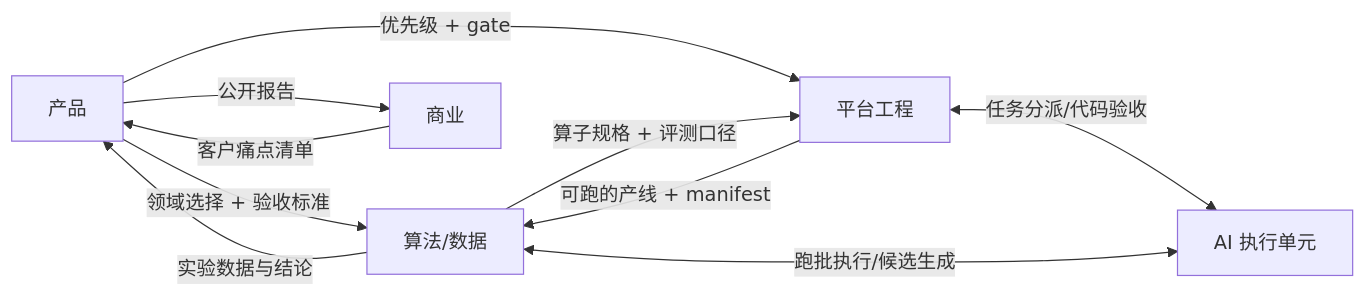
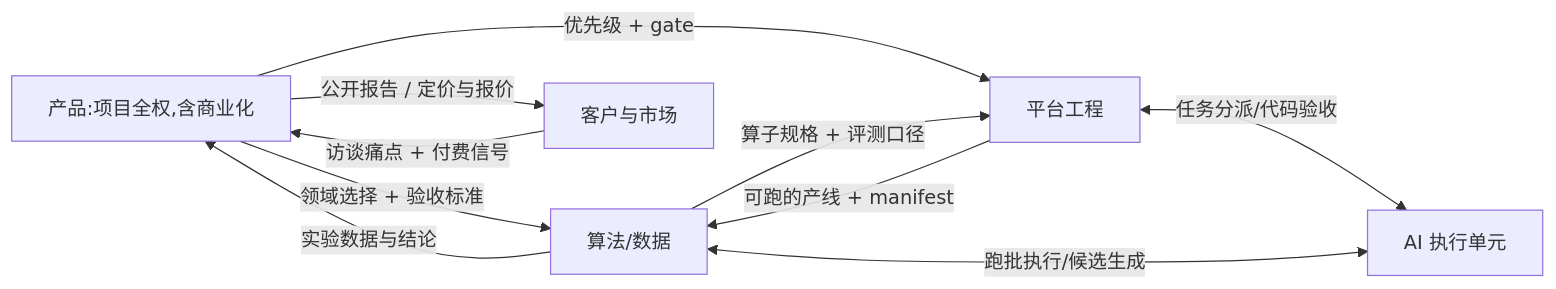
Before and after one commit to William2333ZZ/claude_repo: the diagram in docs/09-团队分工与角色.md, drawn with Mermaid. The commit also changed other lines of this file and 5 other files, not shown here.

````diff
--- a/docs/09-团队分工与角色.md
+++ b/docs/09-团队分工与角色.md
@@ -46,12 +50,12 @@
 ```mermaid
 flowchart LR
-    P[产品] -->|领域选择 + 验收标准| A[算法/数据]
+    P[产品:项目全权,含商业化] -->|领域选择 + 验收标准| A[算法/数据]
     P -->|优先级 + gate| E[平台工程]
     A -->|算子规格 + 评测口径| E
     E -->|可跑的产线 + manifest| A
     A -->|实验数据与结论| P
-    P -->|公开报告| B[商业]
-    B -->|客户痛点清单| P
+    P -->|公开报告 / 定价与报价| K[客户与市场]
+    K -->|访谈痛点 + 付费信号| P
     E <-->|任务分派/代码验收| AI[AI 执行单元]
     A <-->|跑批执行/候选生成| AI
 ```
````
